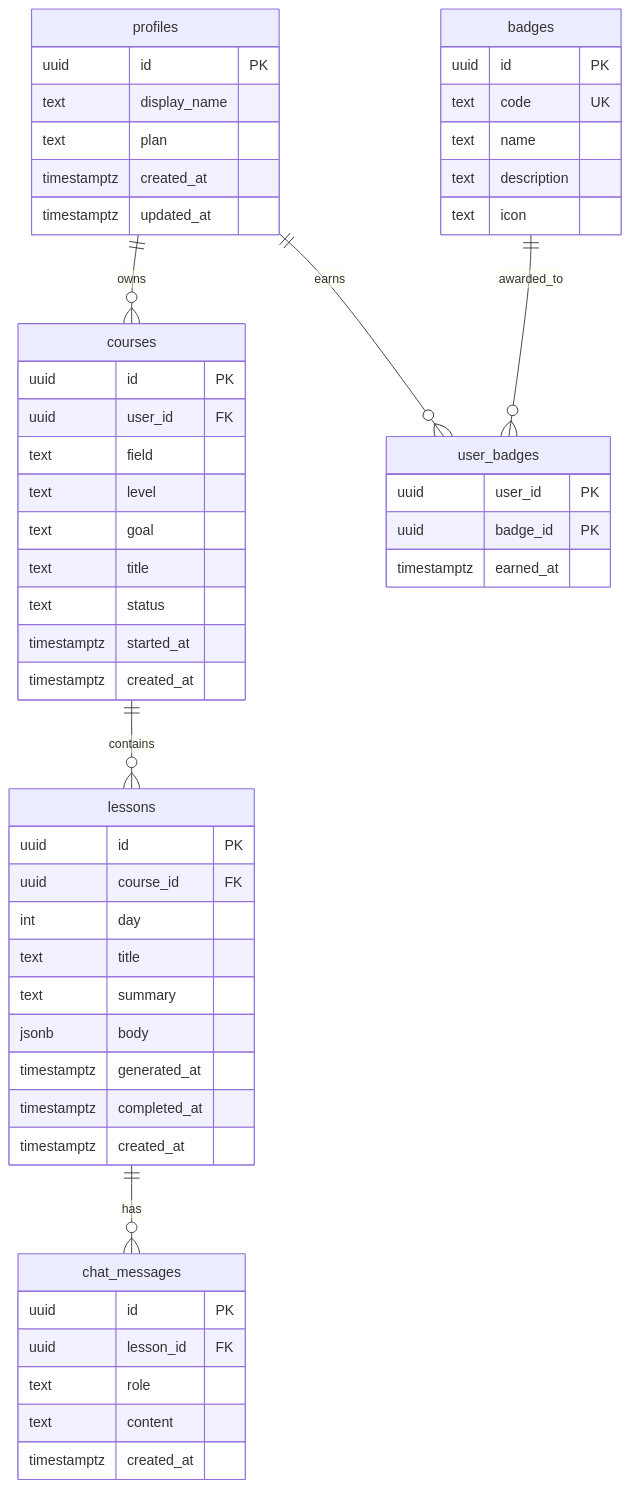
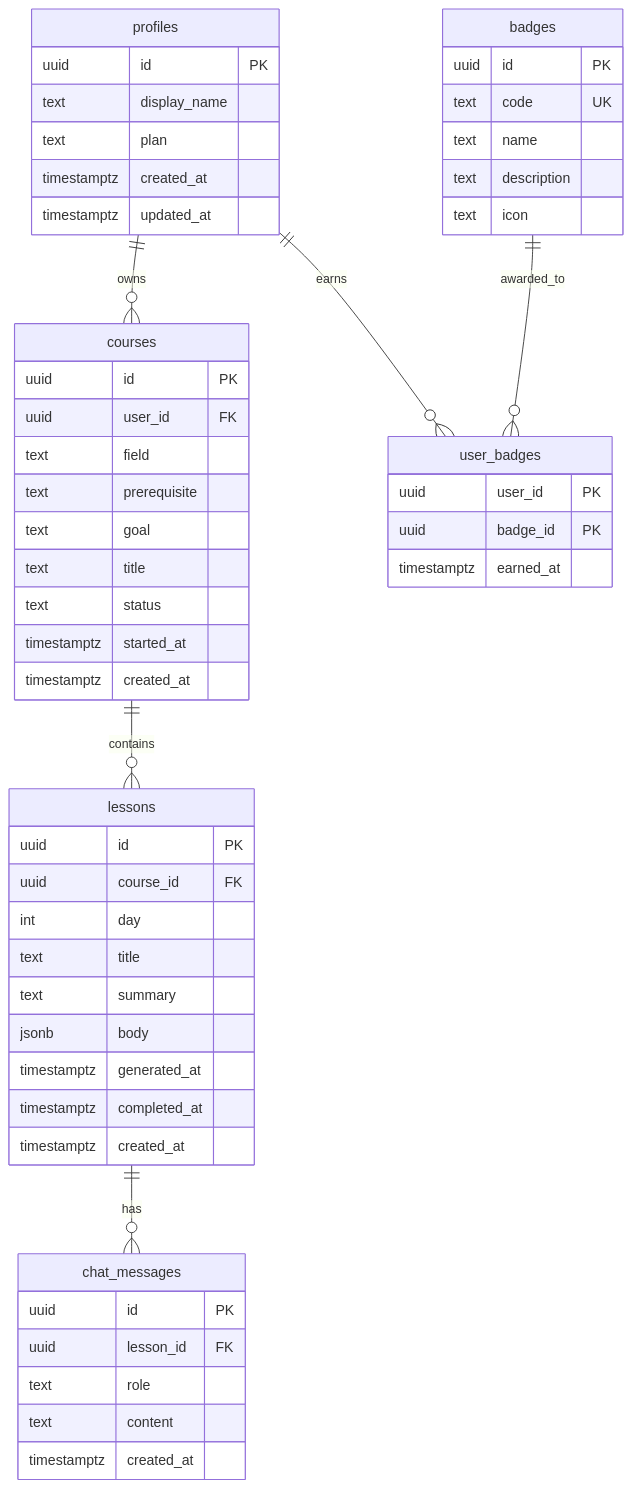
The diagram in db-schema.md (fort0000/daily-learn), drawn with Mermaid before and after one commit. The commit also changed other lines of this file, not shown here.

Commit message:
Replace courses.level with optional prerequisite column
Drop the level CHECK column from the courses table to match the
create-screen UX change. Replace with a nullable prerequisite text
field for user-supplied prior knowledge; NULL means "build from
basics." Update the ER diagram accordingly.

````diff
--- a/db-schema.md
+++ b/db-schema.md
@@ -21,57 +21,57 @@
 ```mermaid
 erDiagram
     profiles ||--o{ courses : owns
     courses ||--o{ lessons : contains
     lessons ||--o{ chat_messages : has
     profiles ||--o{ user_badges : earns
     badges ||--o{ user_badges : awarded_to
 
     profiles {
         uuid id PK
         text display_name
         text plan
         timestamptz created_at
         timestamptz updated_at
     }
     courses {
         uuid id PK
         uuid user_id FK
         text field
-        text level
+        text prerequisite
         text goal
         text title
         text status
         timestamptz started_at
         timestamptz created_at
     }
     lessons {
         uuid id PK
         uuid course_id FK
         int day
         text title
         text summary
         jsonb body
         timestamptz generated_at
         timestamptz completed_at
         timestamptz created_at
     }
     chat_messages {
         uuid id PK
         uuid lesson_id FK
         text role
         text content
         timestamptz created_at
     }
     badges {
         uuid id PK
         text code UK
         text name
         text description
         text icon
     }
     user_badges {
         uuid user_id PK
         uuid badge_id PK
         timestamptz earned_at
     }
 ```
````
